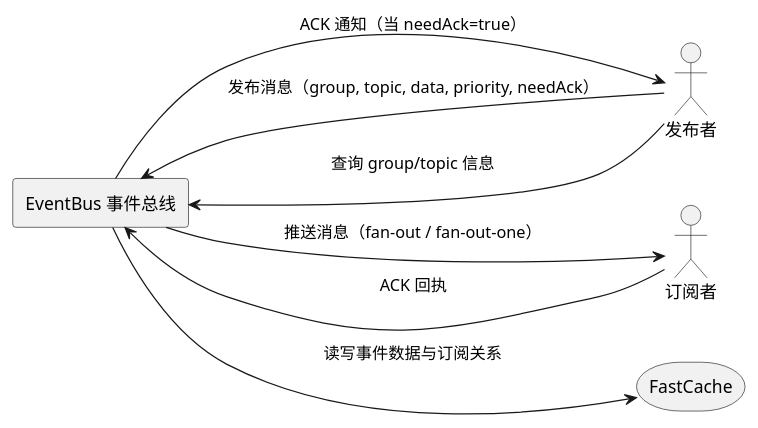
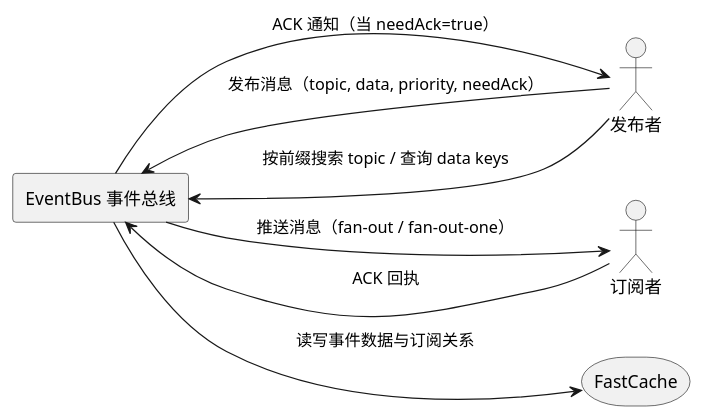
Before and after one commit to azhai/gobus: the first of 5 diagrams in spec/spec.md, drawn with PlantUML. The commit also changed other lines of this file and 8 other files, not shown here.

````diff
--- a/spec/spec.md
+++ b/spec/spec.md
@@ -72,21 +72,21 @@
 ```plantuml
 @startuml
 left to right direction
 
 actor "发布者" as Publisher
 actor "订阅者" as Subscriber
 
 rectangle "EventBus 事件总线" as EventBus {
 }
 
 storage "FastCache" as Cache
 
-Publisher --> EventBus : 发布消息（group, topic, data, priority, needAck）
+Publisher --> EventBus : 发布消息（topic, data, priority, needAck）
 EventBus --> Subscriber : 推送消息（fan-out / fan-out-one）
 Subscriber --> EventBus : ACK 回执
 EventBus --> Publisher : ACK 通知（当 needAck=true）
-Publisher --> EventBus : 查询 group/topic 信息
+Publisher --> EventBus : 按前缀搜索 topic / 查询 data keys
 EventBus --> Cache : 读写事件数据与订阅关系
 
 @enduml
 ```
````
